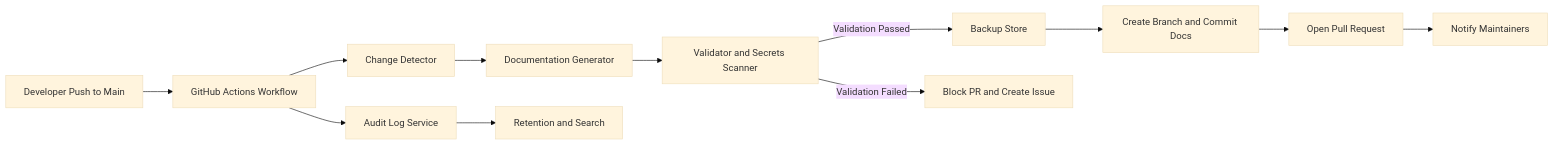
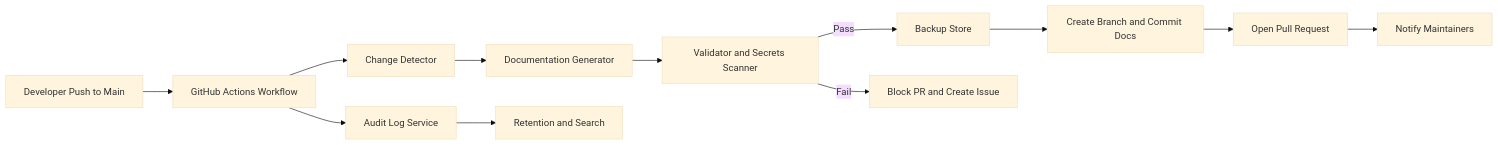
Before and after one commit to gauravqait/copilot-capstone-project: the diagram in architecture.md, drawn with Mermaid (base theme). The commit also changed other lines of this file, not shown here.

Commit message:
Clean updated architecture markdown

````diff
--- a/architecture.md
+++ b/architecture.md
@@ -66,18 +66,17 @@
 ```mermaid
 flowchart LR
+    A["Developer Push to Main"] --> B["GitHub Actions Workflow"]
+    B --> C["Change Detector"]
+    C --> D["Documentation Generator"]
+    D --> E["Validator and Secrets Scanner"]
 
-A[Developer Push to Main] --> B[GitHub Actions Workflow]
-B --> C[Change Detector]
-C --> D[Documentation Generator]
-D --> E[Validator and Secrets Scanner]
+    E -->|Pass| F["Backup Store"]
+    F --> G["Create Branch and Commit Docs"]
+    G --> H["Open Pull Request"]
+    H --> I["Notify Maintainers"]
 
-E -->|Validation Passed| F[Backup Store]
-F --> G[Create Branch and Commit Docs]
-G --> H[Open Pull Request]
-H --> I[Notify Maintainers]
+    E -->|Fail| J["Block PR and Create Issue"]
 
-E -->|Validation Failed| J[Block PR and Create Issue]
-
-B --> K[Audit Log Service]
-K --> L[Retention and Search]
+    B --> K["Audit Log Service"]
+    K --> L["Retention and Search"]
 ```
````
